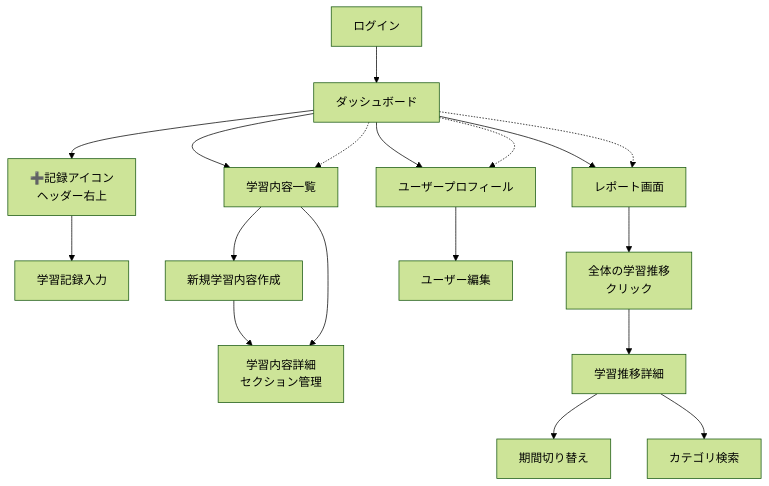
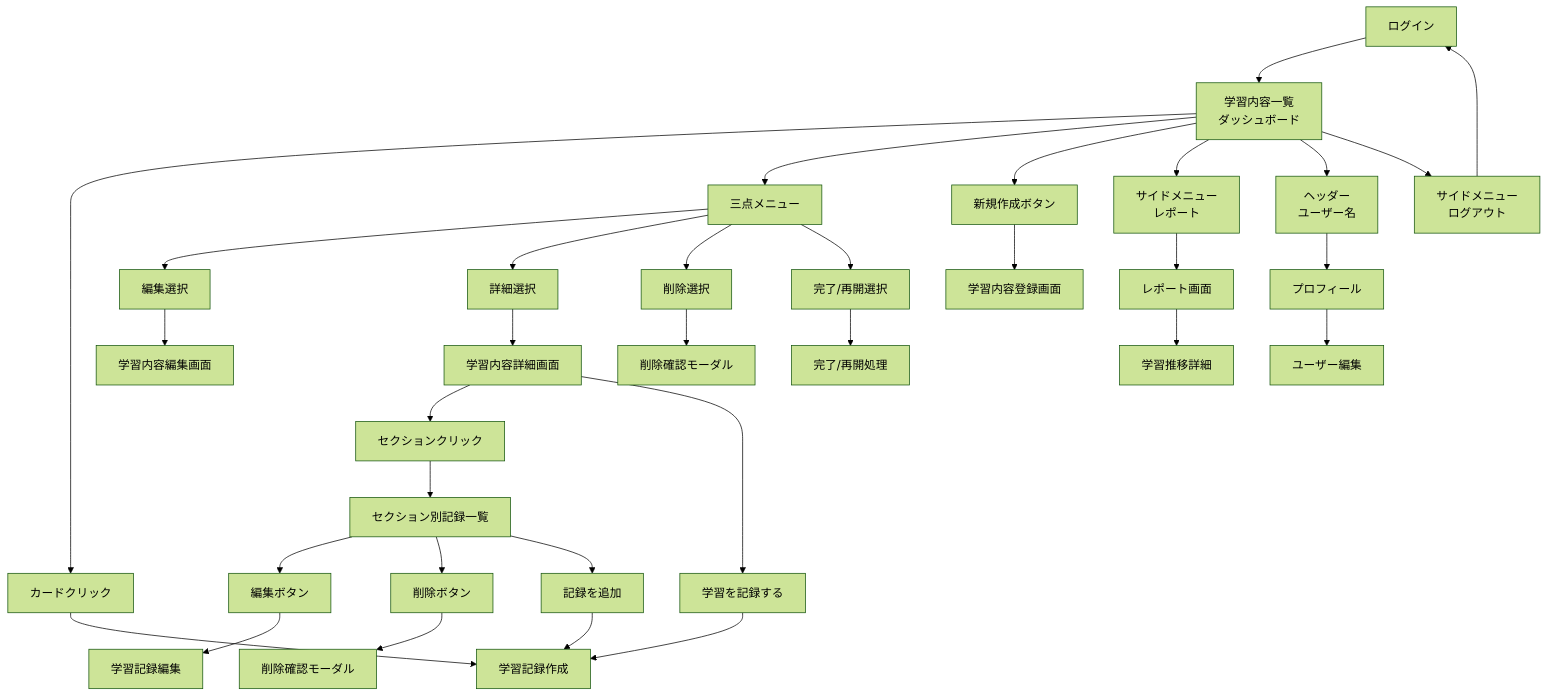
Before and after one commit to SHUN5872698/learn-track-pro: the first of 5 diagrams in .gemini/docs/project-infos/要件定義書.md, drawn with Mermaid (forest theme). The commit also changed other lines of this file and 4 other files, not shown here.

````diff
--- a/.gemini/docs/project-infos/要件定義書.md
+++ b/.gemini/docs/project-infos/要件定義書.md
@@ -152,31 +168,53 @@
 ```mermaid
 flowchart TD
-    A[ログイン] --> B[ダッシュボード]
-
-    %% ヘッダーからの記録
-    B --> R[➕記録アイコン<br/>ヘッダー右上]
-    R --> E[学習記録入力]
+    A[ログイン] --> B[学習内容一覧<br/>ダッシュボード]
 
     %% 学習内容管理
-    B --> C[学習内容一覧]
-    C --> O[新規学習内容作成]
-    O --> D[学習内容詳細]
-    C --> D[学習内容詳細<br/>セクション管理]
+    B --> C[カードクリック]
+    C --> REC[学習記録作成]
+
+    B --> T[三点メニュー]
+    T --> ED[編集選択]
+    T --> DE[詳細選択]
+    T --> DL[削除選択]
+    T --> CO[完了/再開選択]
+
+    ED --> G[学習内容編集画面]
+    DE --> D[学習内容詳細画面]
+    DL --> DC[削除確認モーダル]
+    CO --> CS[完了/再開処理]
+
+    B --> O[新規作成ボタン]
+    O --> F[学習内容登録画面]
+
+    %% 詳細画面からの遷移
+    D --> SEC[セクションクリック]
+    SEC --> RLIST[セクション別記録一覧]
+
+    RLIST --> REDIT[編集ボタン]
+    REDIT --> REDITED[学習記録編集]
+
+    RLIST --> RDEL[削除ボタン]
+    RDEL --> RDELCONF[削除確認モーダル]
+
+    RLIST --> RADD[記録を追加]
+    RADD --> REC
+
+    D --> DREC[学習を記録する]
+    DREC --> REC
 
     %% レポート関連
-    B --> I[レポート画面]
-    I --> I1[全体の学習推移<br/>クリック]
-    I1 --> J[学習推移詳細]
-    J --> K[期間切り替え]
-    J --> L[カテゴリ検索]
+    B --> NAV_REPORT[サイドメニュー<br/>レポート]
+    NAV_REPORT --> I[レポート画面]
+    I --> J[学習推移詳細]
 
     %% ユーザー管理
-    B --> M[ユーザープロフィール]
+    B --> USER[ヘッダー<br/>ユーザー名]
+    USER --> M[プロフィール]
     M --> N[ユーザー編集]
 
-    %% グローバルナビ
-    B -.-> C
-    B -.-> I
-    B -.-> M
+    %% ログアウト
+    B --> LOGOUT[サイドメニュー<br/>ログアウト]
+    LOGOUT --> A
 
 ```
````
